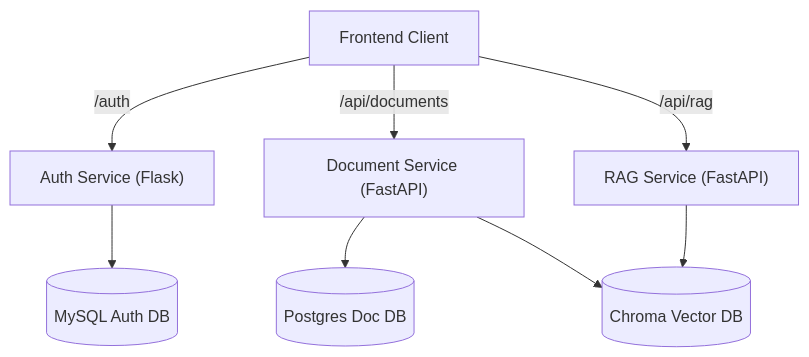
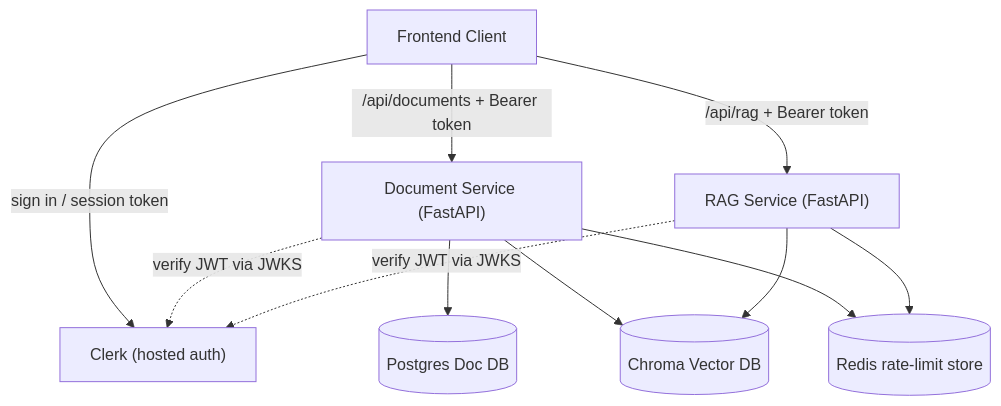
One commit to Jenuel/Research-Assistant changed the diagram in README.md. Above: the diagram before and after it, drawn with Mermaid. The commit also changed other lines of this file and 5 other files, not shown here.

````diff
--- a/README.md
+++ b/README.md
@@ -34,20 +36,23 @@
 ```mermaid
 graph TD
     Client[Frontend Client]
-    Auth["Auth Service (Flask)"]
+    Clerk["Clerk (hosted auth)"]
     Doc["Document Service (FastAPI)"]
     RAG["RAG Service (FastAPI)"]
-    
-    AuthDB[(MySQL Auth DB)]
+
     DocDB[(Postgres Doc DB)]
     VecDB[(Chroma Vector DB)]
-    
-    Client -->|/auth| Auth
-    Client -->|/api/documents| Doc
-    Client -->|/api/rag| RAG
-    
-    Auth --> AuthDB
+    Cache[(Redis rate-limit store)]
+
+    Client -->|sign in / session token| Clerk
+    Client -->|/api/documents + Bearer token| Doc
+    Client -->|/api/rag + Bearer token| RAG
+
+    Doc -.->|verify JWT via JWKS| Clerk
+    RAG -.->|verify JWT via JWKS| Clerk
     Doc --> DocDB
     Doc --> VecDB
     RAG --> VecDB
+    Doc --> Cache
+    RAG --> Cache
 ```
````
